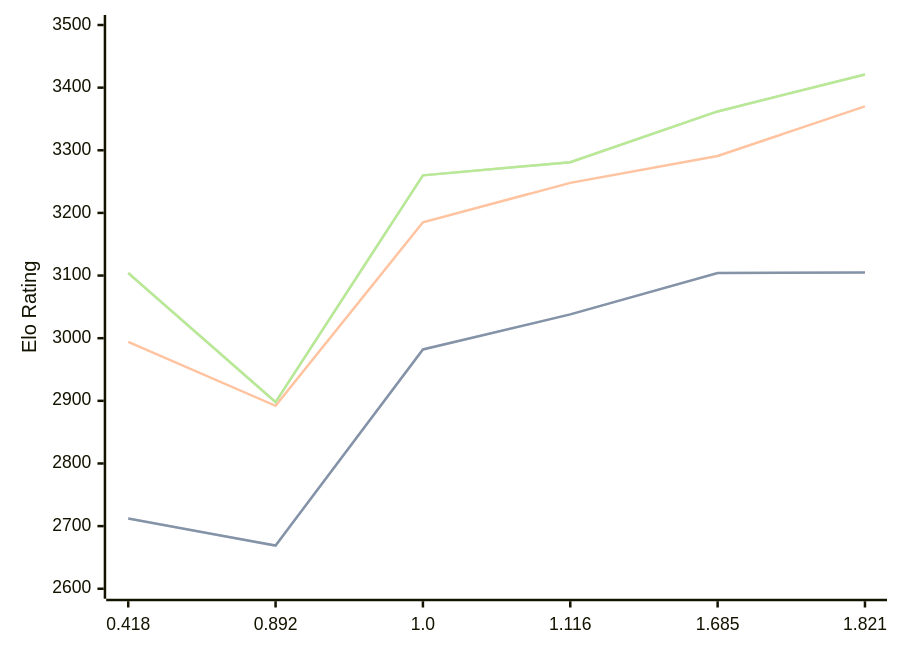
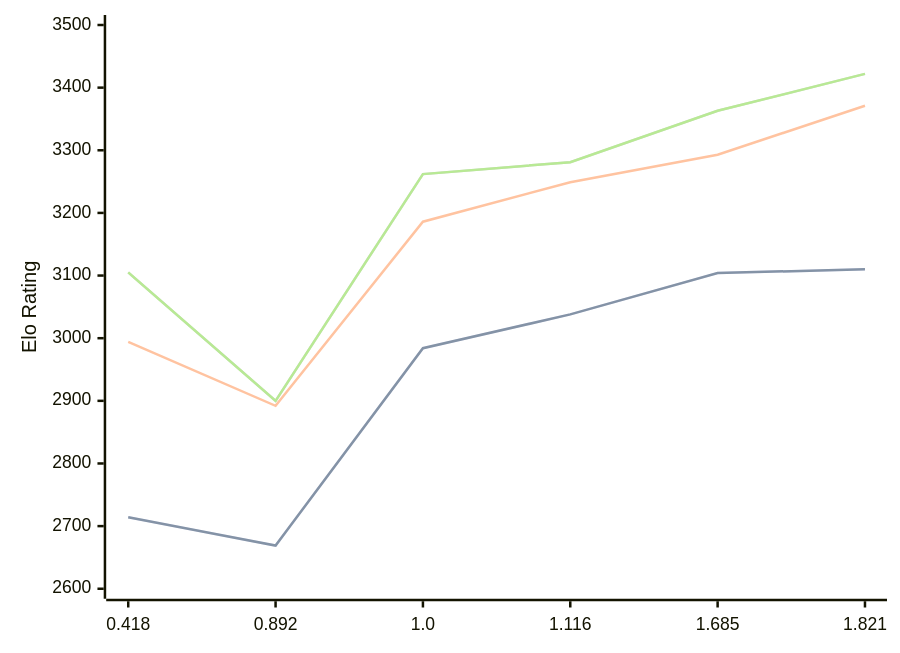
One commit to computer-chess-index/cci changed the diagram in engines/Malika.md. Above: the diagram before and after it, drawn with Mermaid. The commit also changed other lines of this file, not shown here.

Commit message:
Update CCI Ratings (ELO VLTC) - 2026-09-14

````diff
--- a/engines/Malika.md
+++ b/engines/Malika.md
@@ -36,11 +36,11 @@
 ```mermaid
 %%{init: {"theme":"base","themeVariables":{"seriesColors:['#a3a3a3','#222221','#faa371']}}}%%
 xychart-beta
   x-axis ["0.418", "0.892", "1.0", "1.116", "1.685", "1.821"]
   y-axis "Elo Rating" 2600 --> 3500
-  line "" [2712, 2669, 2982, 3038, 3104, 3105]
-  line "STC (8.0+0.08s)" [2712, 2669, 2982, 3038, 3104, 3105]
-  line "LTC (60.0+0.60s)" [2994, 2892, 3185, 3248, 3291, 3370]
-  line "" [3104, 2898, 3260, 3281, 3362, 3421]
-  line "VLTC (2m24s+1.12s)" [3104, 2898, 3260, 3281, 3362, 3421]
+  line "" [2714, 2669, 2984, 3038, 3104, 3110]
+  line "STC (8.0+0.08s)" [2714, 2669, 2984, 3038, 3104, 3110]
+  line "LTC (60.0+0.60s)" [2994, 2892, 3186, 3249, 3293, 3371]
+  line "" [3105, 2900, 3262, 3281, 3363, 3422]
+  line "VLTC (2m24s+1.12s)" [3105, 2900, 3262, 3281, 3363, 3422]
 ```
````
